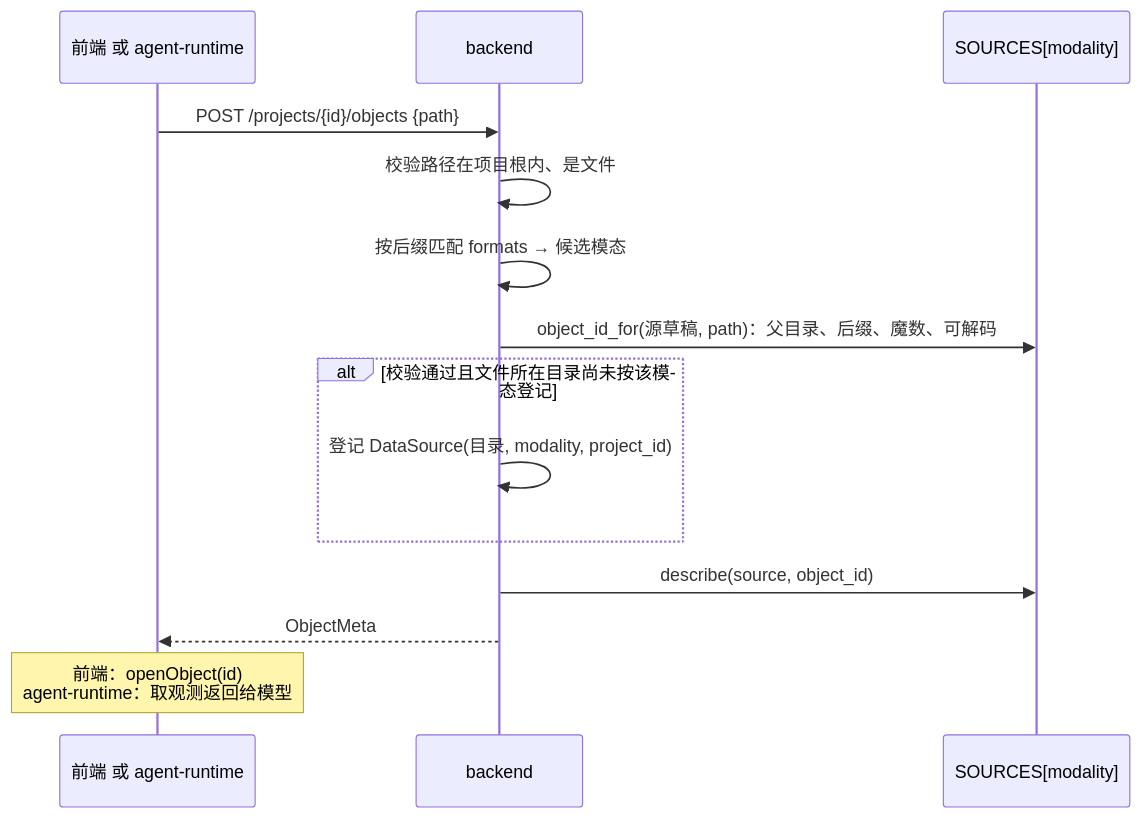
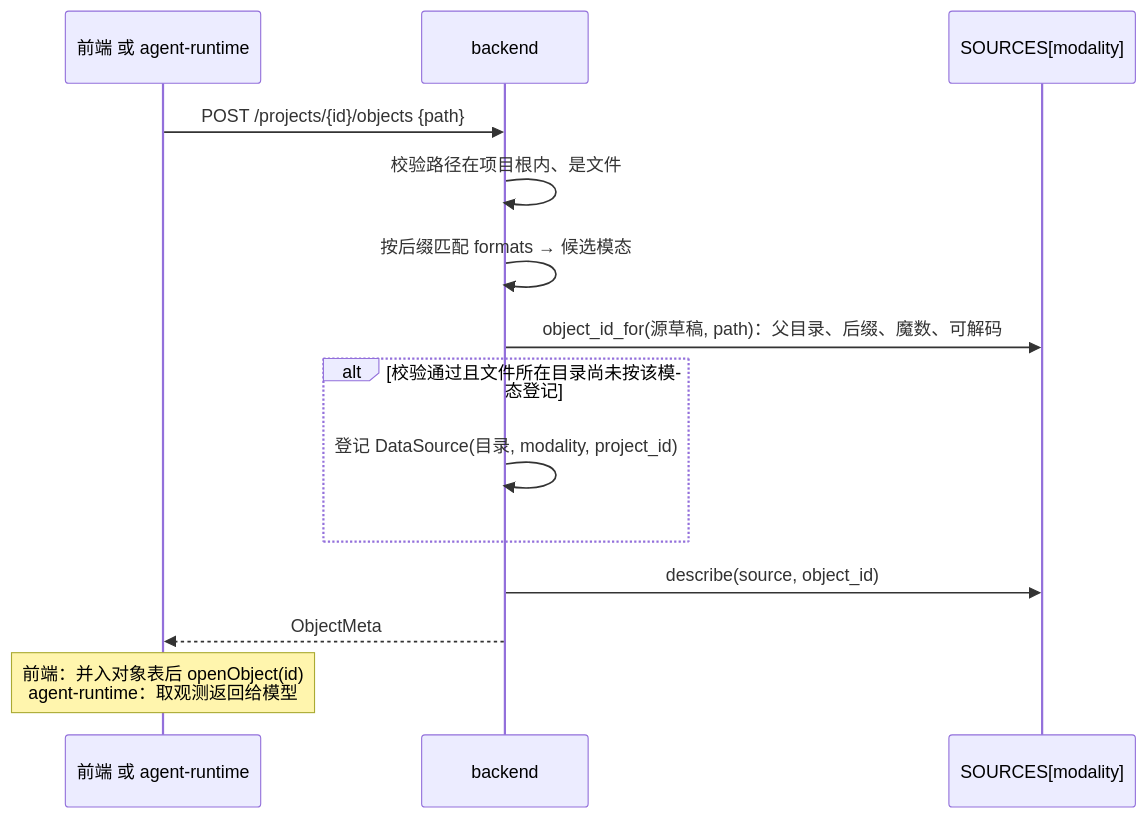
The third of 7 diagrams in docs/sdd/feats/13-project-folder-sessions/README.md (zhentai-sn/open-glaux), drawn with Mermaid before and after one commit. The commit also changed other lines of this file and 9 other files, not shown here.

First line of the commit message:
perf(viewer): 修复项目树切换图像卡顿

````diff
--- a/docs/sdd/feats/13-project-folder-sessions/README.md
+++ b/docs/sdd/feats/13-project-folder-sessions/README.md
@@ -172,16 +172,16 @@
 ```mermaid
 sequenceDiagram
     participant C as 前端 或 agent-runtime
     participant BE as backend
     participant S as SOURCES[modality]
     C->>BE: POST /projects/{id}/objects {path}
     BE->>BE: 校验路径在项目根内、是文件
     BE->>BE: 按后缀匹配 formats → 候选模态
     BE->>S: object_id_for(源草稿, path)：父目录、后缀、魔数、可解码
     alt 校验通过且文件所在目录尚未按该模态登记
         BE->>BE: 登记 DataSource(目录, modality, project_id)
     end
     BE->>S: describe(source, object_id)
     BE-->>C: ObjectMeta
-    Note over C: 前端：openObject(id)<br/>agent-runtime：取观测返回给模型
+    Note over C: 前端：并入对象表后 openObject(id)<br/>agent-runtime：取观测返回给模型
 ```
````
